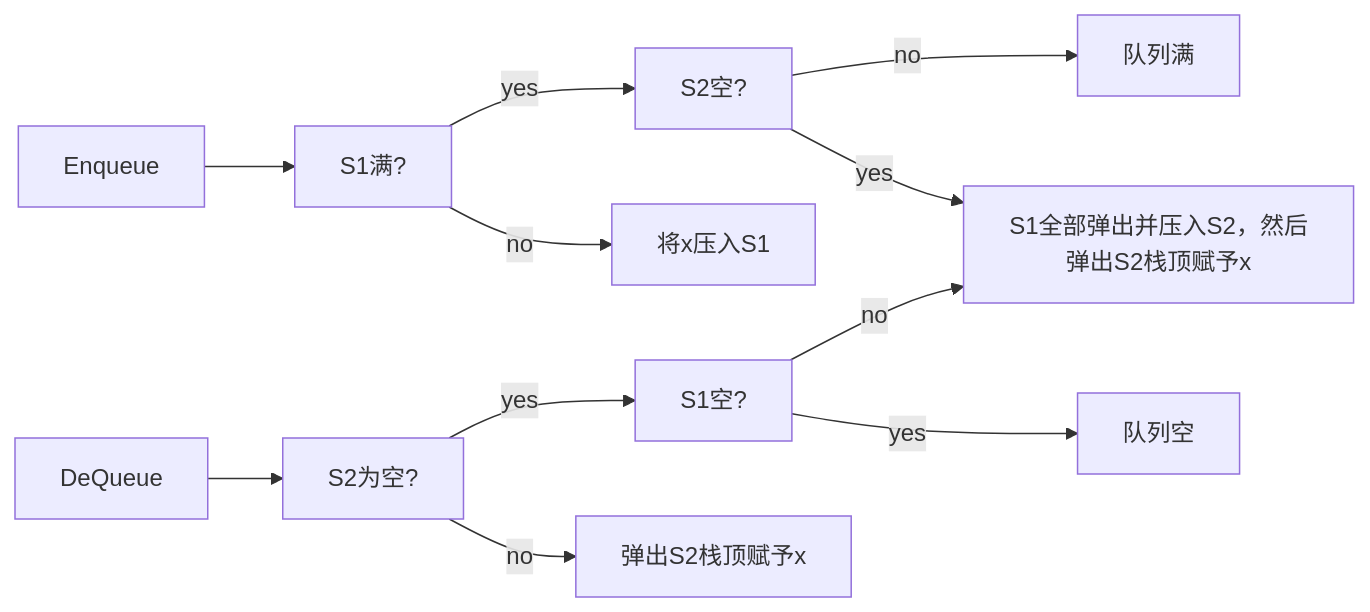
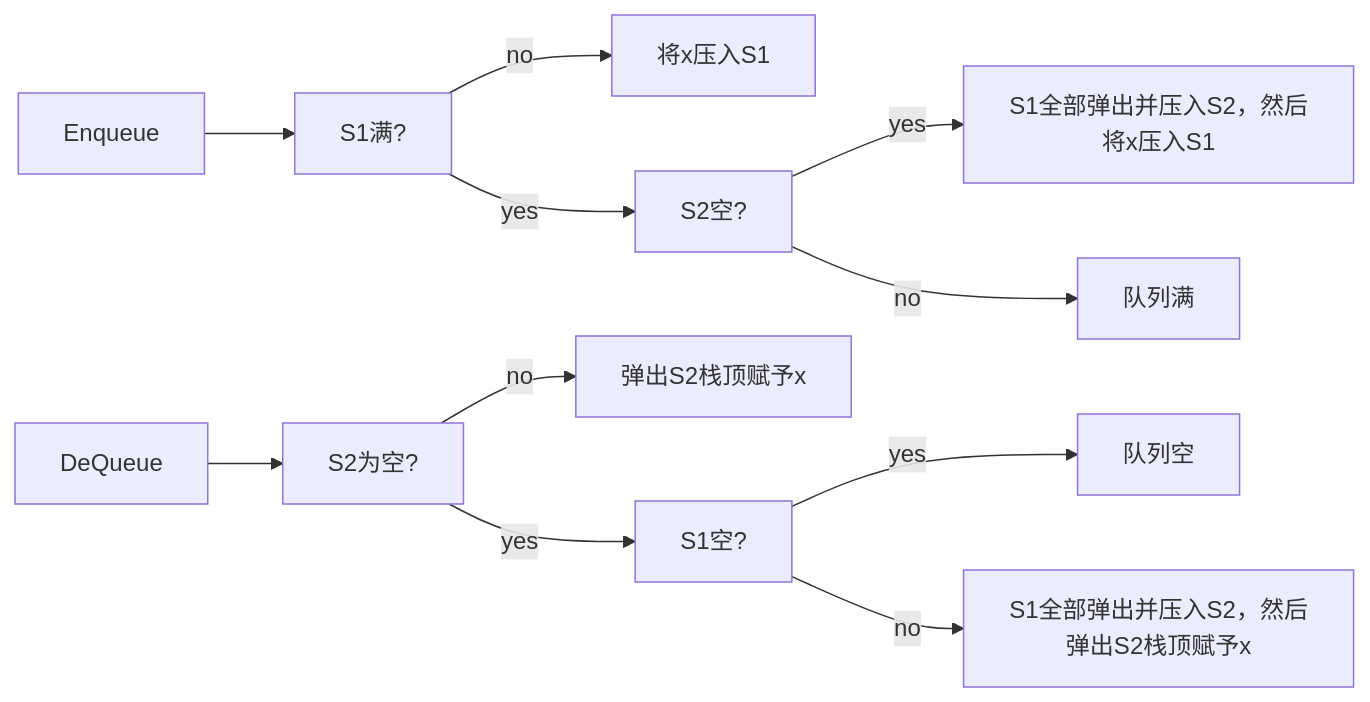
Before and after one commit to novpath/Data-Structure: diagram 31 of 31 in 数据结构.md, drawn with Mermaid. The commit also changed other lines of this file and 6 other files, not shown here.

````diff
--- a/数据结构.md
+++ b/数据结构.md
@@ -7944,9 +7944,9 @@
 ```mermaid
 flowchart LR
     Enqueue --> S1满? -- no --> 将x压入S1
-    S1满? -- yes --> S2空? -- yes --> markdown["S1全部弹出并压入S2，然后将x压入S1"]
+    S1满? -- yes --> S2空? -- yes --> a["S1全部弹出并压入S2，然后将x压入S1"]
     S2空? -- no --> 队列满
     DeQueue --> S2为空? -- no --> 弹出S2栈顶赋予x
     S2为空? -- yes --> S1空? -- yes --> 队列空
-    S1空? -- no --> markdown["S1全部弹出并压入S2，然后弹出S2栈顶赋予x"]
+    S1空? -- no --> b["S1全部弹出并压入S2，然后弹出S2栈顶赋予x"]
 ```
````
